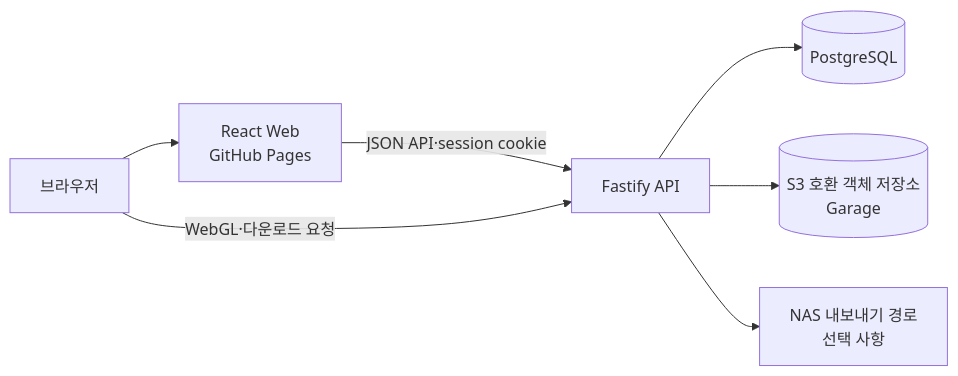
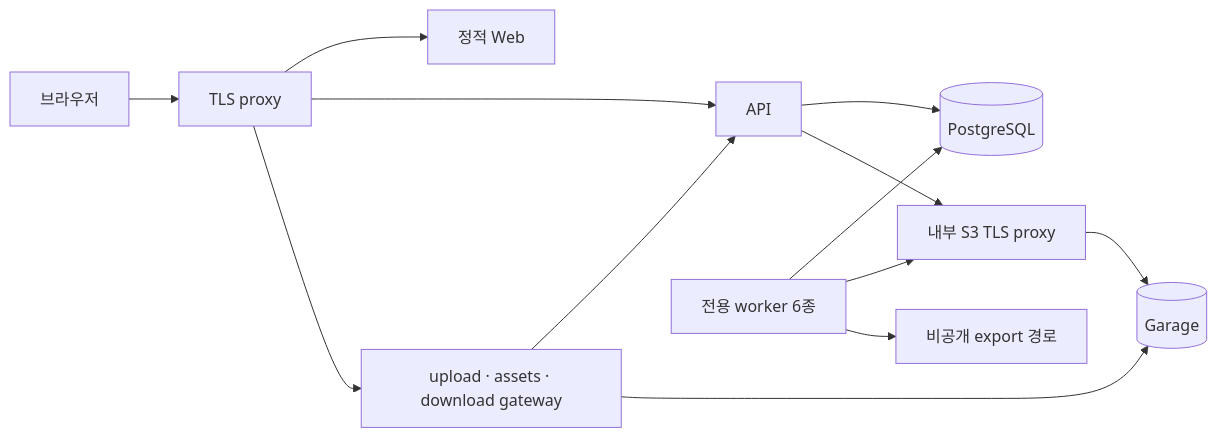
The diagram in README.md (pcugame/pcugame.github.io-infra), drawn with Mermaid before and after one commit. The commit also changed other lines of this file and 70 other files, not shown here.

````diff
--- a/README.md
+++ b/README.md
@@ -40,9 +7,15 @@
 ```mermaid
 flowchart LR
-    B[브라우저] --> W[React Web\nGitHub Pages]
-    W -->|JSON API·session cookie| A[Fastify API]
-    B -->|WebGL·다운로드 요청| A
-    A --> P[(PostgreSQL)]
-    A --> S[(S3 호환 객체 저장소\nGarage)]
-    A --> N[NAS 내보내기 경로\n선택 사항]
+  Browser[브라우저] --> Edge[TLS proxy]
+  Edge --> Web[정적 Web]
+  Edge --> API[API]
+  Edge --> Gateway[upload · assets · download gateway]
+  Gateway --> API
+  Gateway --> Garage[(Garage)]
+  API --> DB[(PostgreSQL)]
+  API --> S3[내부 S3 TLS proxy]
+  Worker[전용 worker 6종] --> DB
+  Worker --> S3
+  S3 --> Garage
+  Worker --> Export[비공개 export 경로]
 ```
````
